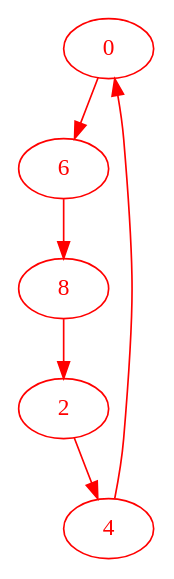
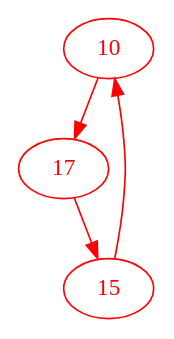
Before and after one commit to AdrienVaret/Benzenoids: the diagram in molecules/benzanthracene/lewis/benzanthracene_1/cycle_0.dot, drawn with Graphviz. The commit also changed 30 other files, not shown here.

```diff
--- a/molecules/benzanthracene/lewis/benzanthracene_1/cycle_0.dot
+++ b/molecules/benzanthracene/lewis/benzanthracene_1/cycle_0.dot
@@ -1,8 +1,6 @@
 digraph g{
-node [color = red, fontcolor=red]; 0 2 4 6 8 ;
-0 -> 6 [color=red] ;
-2 -> 4 [color=red] ;
-4 -> 0 [color=red] ;
-6 -> 8 [color=red] ;
-8 -> 2 [color=red] ;
+node [color = red, fontcolor=red]; 10 15 17 ;
+10 -> 17 [color=red] ;
+15 -> 10 [color=red] ;
+17 -> 15 [color=red] ;
 }
```
